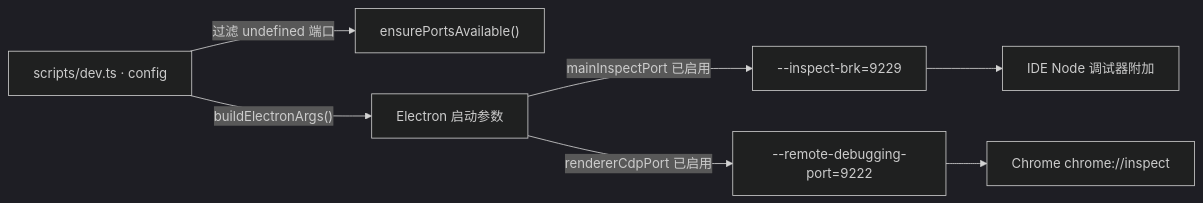
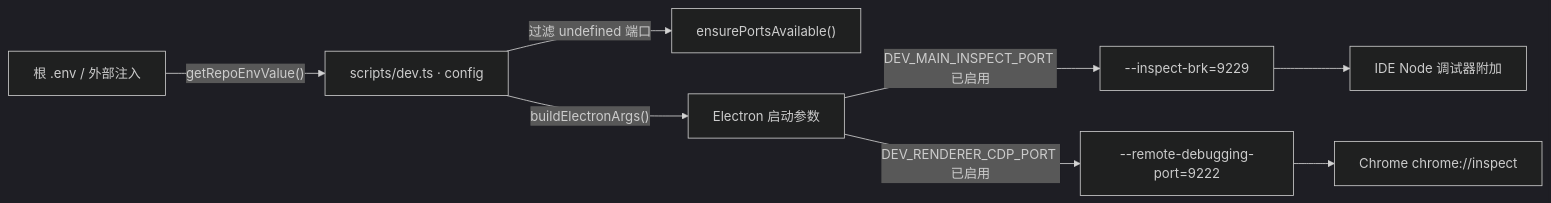
The diagram in packages/docs/src/pages/dx/debug-port.md (BanShan-Alec/electron-react-monorepo-template), drawn with Mermaid (dark theme) before and after one commit. The commit also changed other lines of this file and 1 other file, not shown here.

Commit message:
docs(docs): 同步远程调试端口与启动预检文档至 .env 端口配置

````diff
--- a/packages/docs/src/pages/dx/debug-port.md
+++ b/packages/docs/src/pages/dx/debug-port.md
@@ -23,9 +23,10 @@
 ```mermaid
 flowchart LR
-  config["scripts/dev.ts · config"] -->|"过滤 undefined 端口"| guard["ensurePortsAvailable()"]
+  env["根 .env / 外部注入"] -->|"getRepoEnvValue()"| config["scripts/dev.ts · config"]
+  config -->|"过滤 undefined 端口"| guard["ensurePortsAvailable()"]
   config -->|"buildElectronArgs()"| args["Electron 启动参数"]
-  args -->|"mainInspectPort 已启用"| inspect["--inspect-brk=9229"]
-  args -->|"rendererCdpPort 已启用"| cdp["--remote-debugging-port=9222"]
+  args -->|"DEV_MAIN_INSPECT_PORT 已启用"| inspect["--inspect-brk=9229"]
+  args -->|"DEV_RENDERER_CDP_PORT 已启用"| cdp["--remote-debugging-port=9222"]
   inspect --> ide["IDE Node 调试器附加"]
   cdp --> chrome["Chrome chrome://inspect"]
 ```
````
